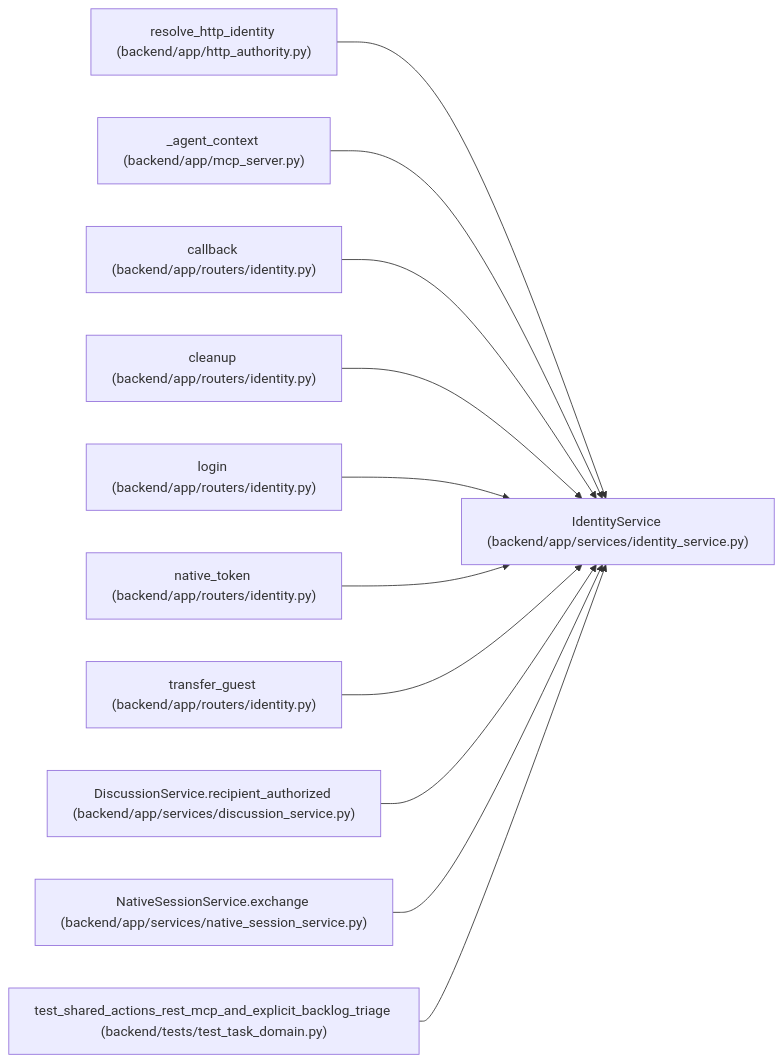
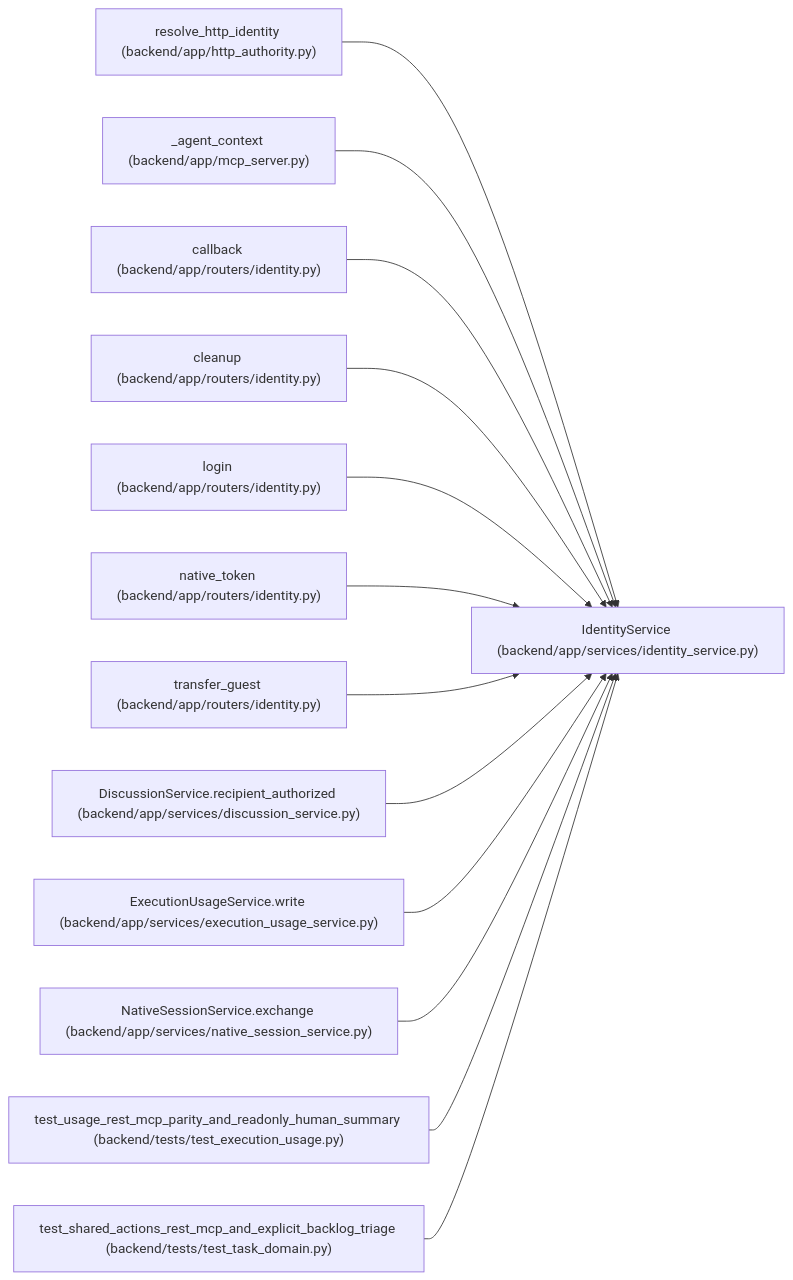
One commit to Denissvgn/WorkChord changed the diagram in docs/llm_wiki/entities/IdentityService.md. Above: the diagram before and after it, drawn with Mermaid. The commit also changed other lines of this file and 623 other files, not shown here.

Commit message:
docs(wiki): synchronize execution usage and pricing evidence

````diff
--- a/docs/llm_wiki/entities/IdentityService.md
+++ b/docs/llm_wiki/entities/IdentityService.md
@@ -34,35 +34,41 @@
 ```mermaid
 flowchart LR
     n0["IdentityService (backend/app/services/identity_service.py)"]
     n1["resolve_http_identity (backend/app/http_authority.py)"]
     n2["_agent_context (backend/app/mcp_server.py)"]
     n3["callback (backend/app/routers/identity.py)"]
     n4["cleanup (backend/app/routers/identity.py)"]
     n5["login (backend/app/routers/identity.py)"]
     n6["native_token (backend/app/routers/identity.py)"]
     n7["transfer_guest (backend/app/routers/identity.py)"]
     n8["DiscussionService.recipient_authorized (backend/app/services/discussion_service.py)"]
-    n9["NativeSessionService.exchange (backend/app/services/native_session_service.py)"]
-    n10["test_shared_actions_rest_mcp_and_explicit_backlog_triage (backend/tests/test_task_domain.py)"]
+    n9["ExecutionUsageService.write (backend/app/services/execution_usage_service.py)"]
+    n10["NativeSessionService.exchange (backend/app/services/native_session_service.py)"]
+    n11["test_usage_rest_mcp_parity_and_readonly_human_summary (backend/tests/test_execution_usage.py)"]
+    n12["test_shared_actions_rest_mcp_and_explicit_backlog_triage (backend/tests/test_task_domain.py)"]
     n1 --> n0
     n2 --> n0
     n3 --> n0
     n4 --> n0
     n5 --> n0
     n6 --> n0
     n7 --> n0
     n8 --> n0
     n9 --> n0
     n10 --> n0
+    n11 --> n0
+    n12 --> n0
     click n0 "../modules/identity_service.md"
     click n1 "../modules/http_authority.md"
     click n2 "../modules/mcp_server.md"
     click n3 "../modules/routers_identity.md"
     click n4 "../modules/routers_identity.md"
     click n5 "../modules/routers_identity.md"
     click n6 "../modules/routers_identity.md"
     click n7 "../modules/routers_identity.md"
     click n8 "../modules/discussion_service.md"
-    click n9 "../modules/native_session_service.md"
-    click n10 "../modules/test_task_domain.md"
+    click n9 "../modules/execution_usage_service.md"
+    click n10 "../modules/native_session_service.md"
+    click n11 "../modules/test_execution_usage.md"
+    click n12 "../modules/test_task_domain.md"
 ```
````
